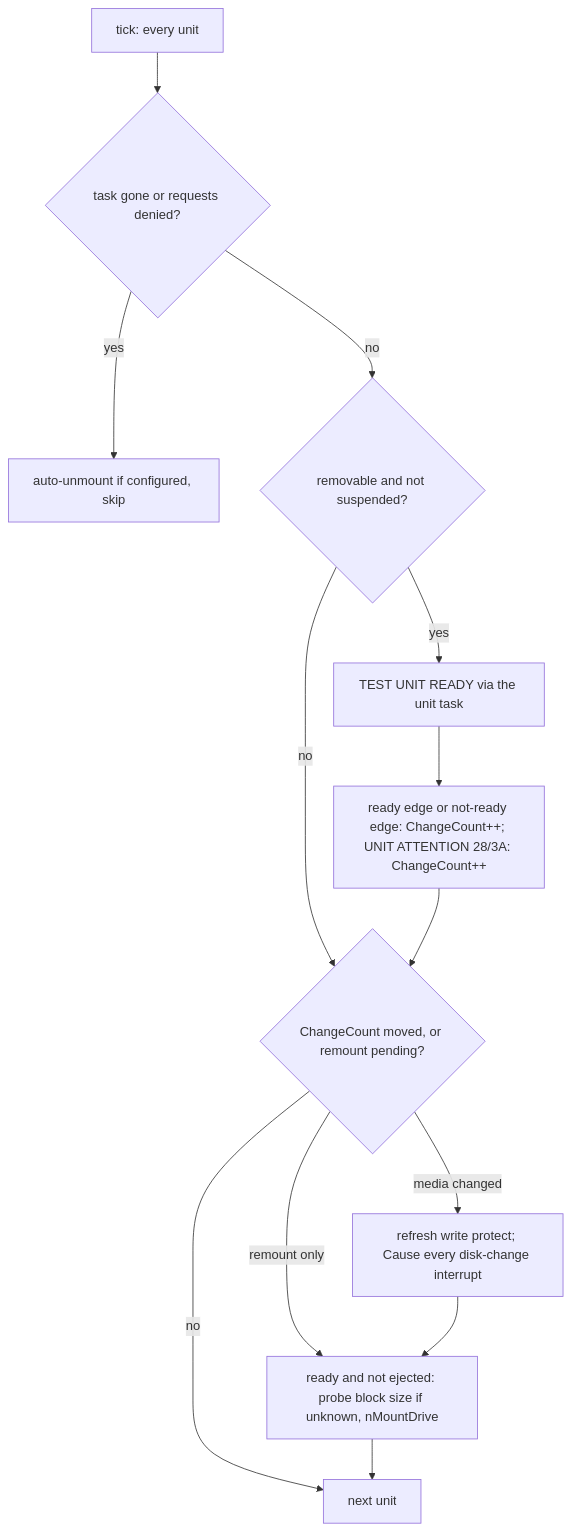
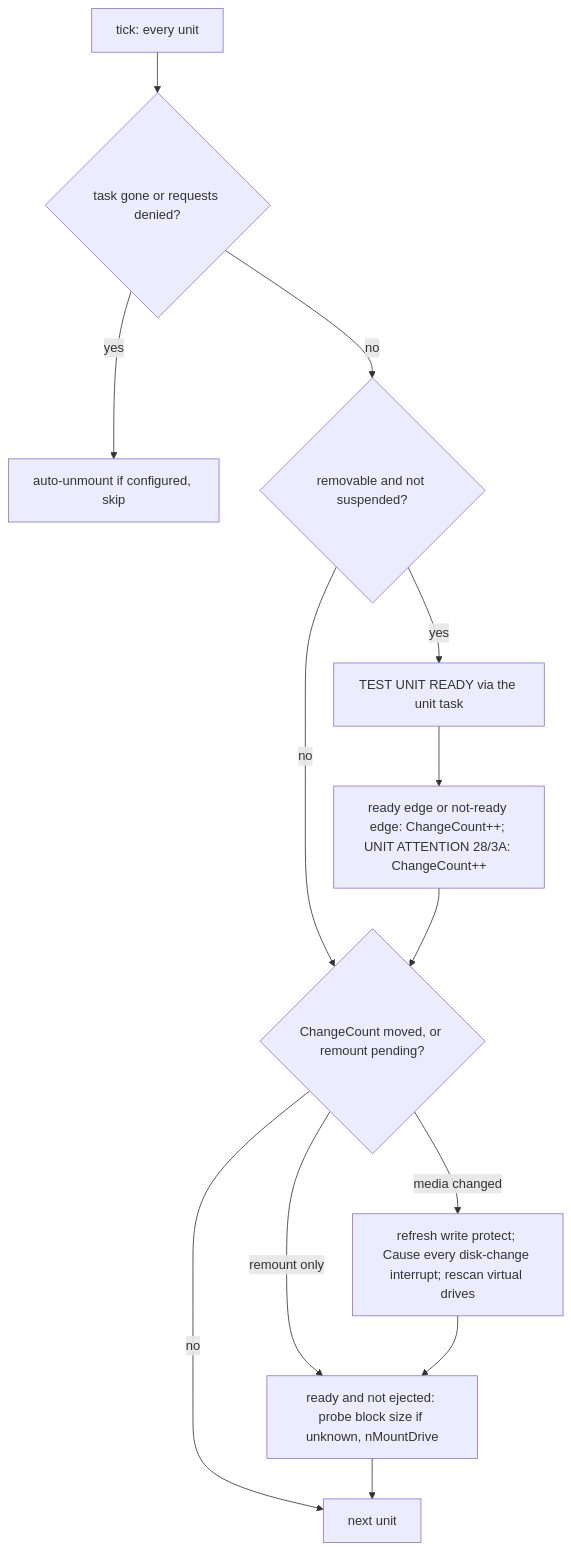
One commit to rondoval/neptune-usb-stack changed the sixth of 6 diagrams in docs/massstorage.class-architecture.md. Above: the diagram before and after it, drawn with Mermaid. The commit also changed other lines of this file and 9 other files, not shown here.

Commit message:
feat: implement virtual drive support in usbscsi.device virtual drives are used to mount 0x76 partitions

````diff
--- a/docs/massstorage.class-architecture.md
+++ b/docs/massstorage.class-architecture.md
@@ -373,15 +374,15 @@
 ```mermaid
 flowchart TD
     TICK["tick: every unit"] --> GONE{"task gone or requests denied?"}
     GONE -->|"yes"| UM["auto-unmount if configured, skip"]
     GONE -->|"no"| REM{"removable and not suspended?"}
     REM -->|"yes"| TUR["TEST UNIT READY via the unit task"]
     TUR --> EDGE["ready edge or not-ready edge: ChangeCount++; UNIT ATTENTION 28/3A: ChangeCount++"]
     REM -->|"no"| PASS
     EDGE --> PASS{"ChangeCount moved, or remount pending?"}
     PASS -->|"no"| NEXT["next unit"]
-    PASS -->|"media changed"| ANN["refresh write protect; Cause every disk-change interrupt"]
+    PASS -->|"media changed"| ANN["refresh write protect; Cause every disk-change interrupt; rescan virtual drives"]
     PASS -->|"remount only"| MOUNT
     ANN --> MOUNT["ready and not ejected: probe block size if unknown, nMountDrive"]
     MOUNT --> NEXT
 ```
````
